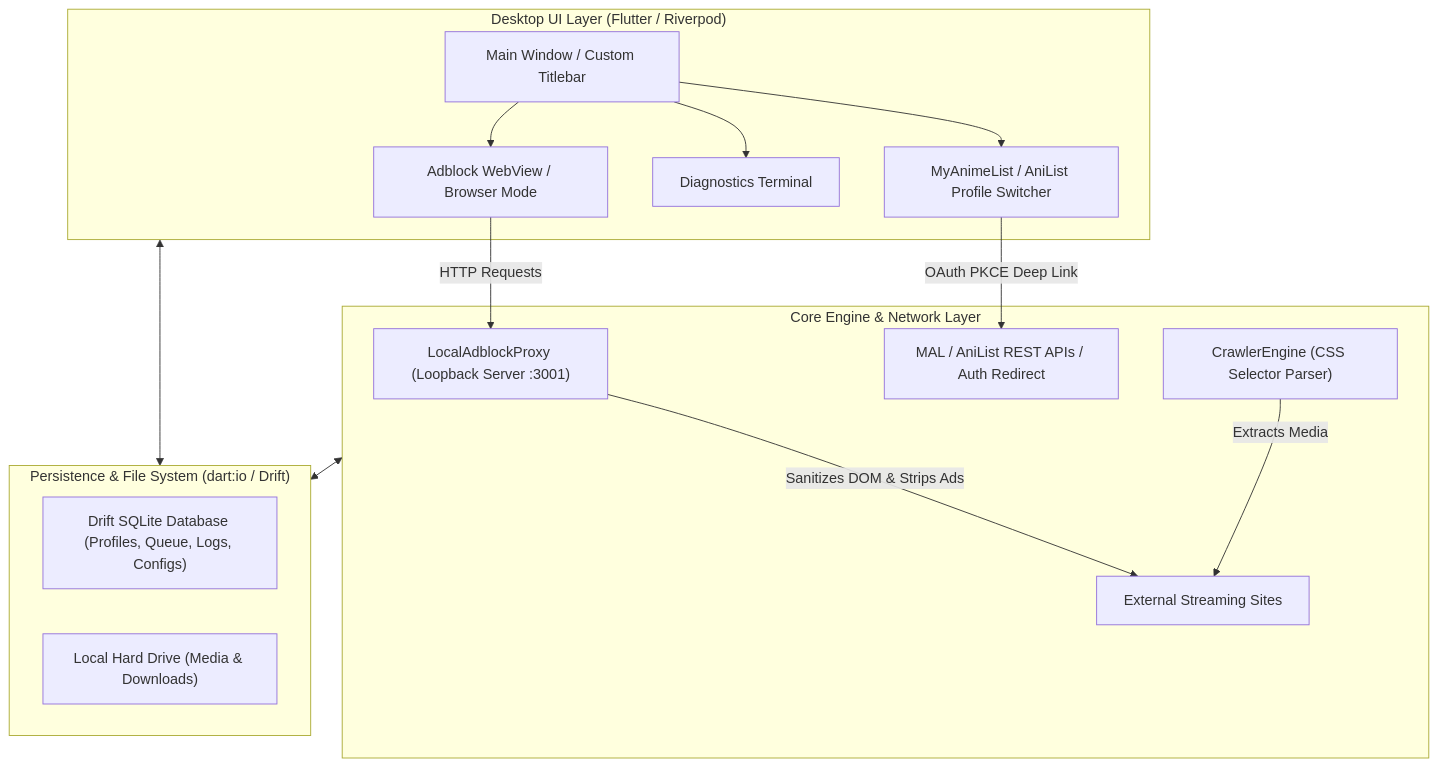
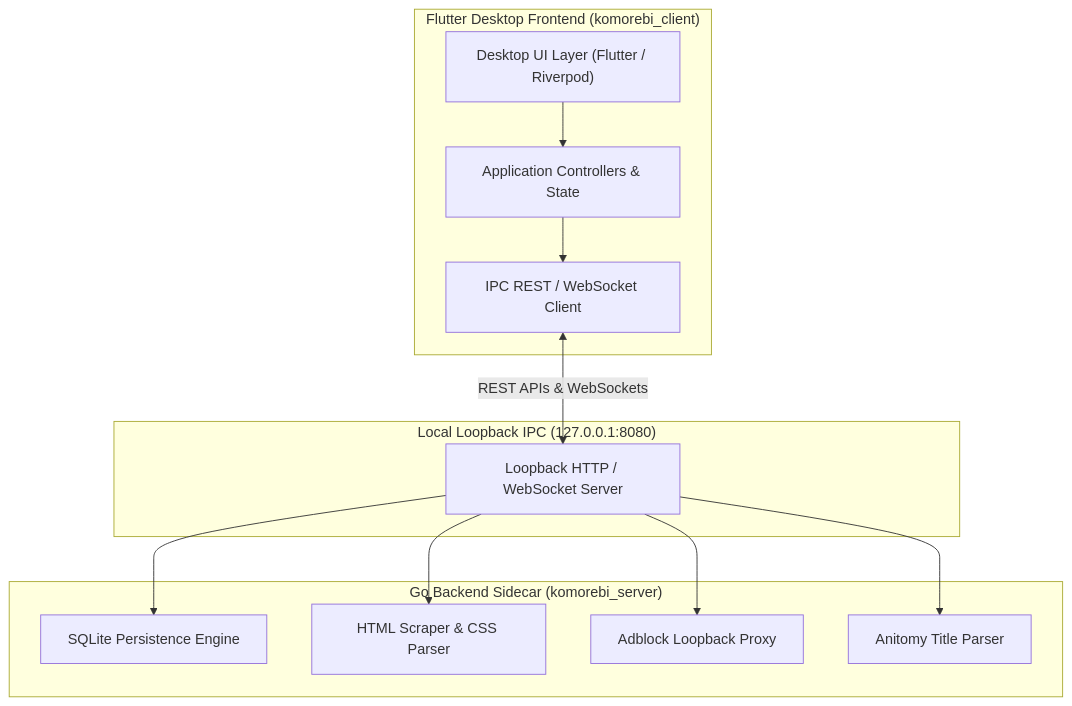
The diagram in README.md (p2kr/komorebi), drawn with Mermaid before and after one commit. The commit also changed other lines of this file and 206 other files, not shown here.

Commit message:
refactor: split repository into komorebi_client and komorebi_server sidecar

````diff
--- a/README.md
+++ b/README.md
@@ -56,23 +39,26 @@
 ```mermaid
 graph TD
-    subgraph GUI["Desktop UI Layer (Flutter / Riverpod)"]
-        A["Main Window / Custom Titlebar"] --> B["Adblock WebView / Browser Mode"]
-        A --> C["MyAnimeList / AniList Profile Switcher"]
-        A --> D["Diagnostics Terminal"]
+    subgraph Client["Flutter Desktop Frontend (komorebi_client)"]
+        UI["Desktop UI Layer (Flutter / Riverpod)"]
+        State["Application Controllers & State"]
+        DioClient["IPC REST / WebSocket Client"]
+        UI --> State --> DioClient
     end
 
-    subgraph Engine["Core Engine & Network Layer"]
-        B -->|HTTP Requests| E["LocalAdblockProxy (Loopback Server :3001)"]
-        E -->|Sanitizes DOM & Strips Ads| F["External Streaming Sites"]
-        C -->|OAuth PKCE Deep Link| G["MAL / AniList REST APIs / Auth Redirect"]
-        H["CrawlerEngine (CSS Selector Parser)"] -->|Extracts Media| F
+    subgraph IPC["Local Loopback IPC (127.0.0.1:8080)"]
+        DioClient <-->|REST APIs & WebSockets| Sidecar
     end
 
-    subgraph Storage["Persistence & File System (dart:io / Drift)"]
-        I["Drift SQLite Database (Profiles, Queue, Logs, Configs)"]
-        J["Local Hard Drive (Media & Downloads)"]
+    subgraph Server["Go Backend Sidecar (komorebi_server)"]
+        Sidecar["Loopback HTTP / WebSocket Server"]
+        DB["SQLite Persistence Engine"]
+        Crawler["HTML Scraper & CSS Parser"]
+        Proxy["Adblock Loopback Proxy"]
+        Parser["Anitomy Title Parser"]
+        
+        Sidecar --> DB
+        Sidecar --> Crawler
+        Sidecar --> Proxy
+        Sidecar --> Parser
     end
-
-    GUI <--> Storage
-    Engine <--> Storage
 ```
````
